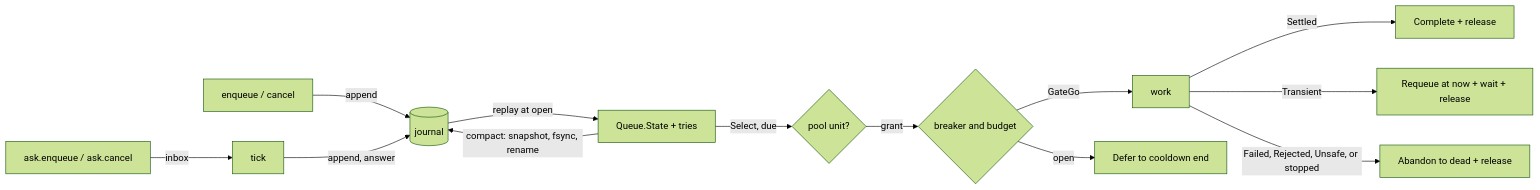
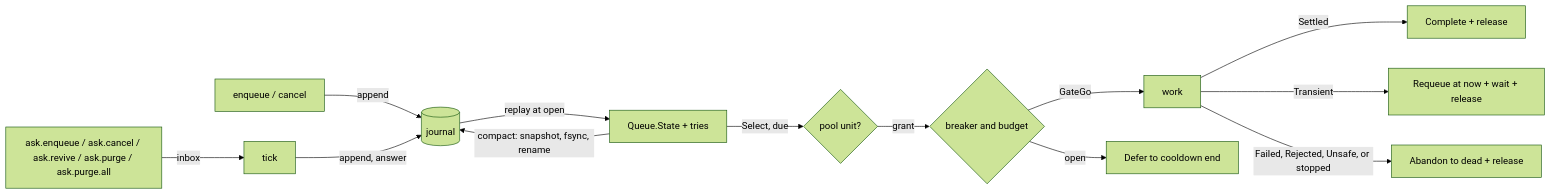
The diagram in runner/README.md (paymog/bend-kit), drawn with Mermaid (forest theme) before and after one commit. The commit also changed other lines of this file and 5 other files, not shown here.

First line of the commit message:
feat(runner): allow other fibers to revive and purge dead jobs (#861)

````diff
--- a/runner/README.md
+++ b/runner/README.md
@@ -11,15 +11,15 @@
 ```mermaid
 flowchart LR
   E[enqueue / cancel] -->|append| J[(journal)]
-  A[ask.enqueue / ask.cancel] -->|inbox| T[tick]
+  A[ask.enqueue / ask.cancel / ask.revive / ask.purge / ask.purge.all] -->|inbox| T[tick]
   T -->|append, answer| J
   J -->|replay at open| S[Queue.State + tries]
   S -->|Select, due| P{pool unit?}
   P -->|grant| B{breaker and budget}
   B -->|GateGo| W[work]
   B -->|open| D[Defer to cooldown end]
   W -->|Settled| C[Complete + release]
   W -->|Transient| Rq[Requeue at now + wait + release]
   W -->|Failed, Rejected, Unsafe, or stopped| X[Abandon to dead + release]
   S -->|compact: snapshot, fsync, rename| J
 ```
````
